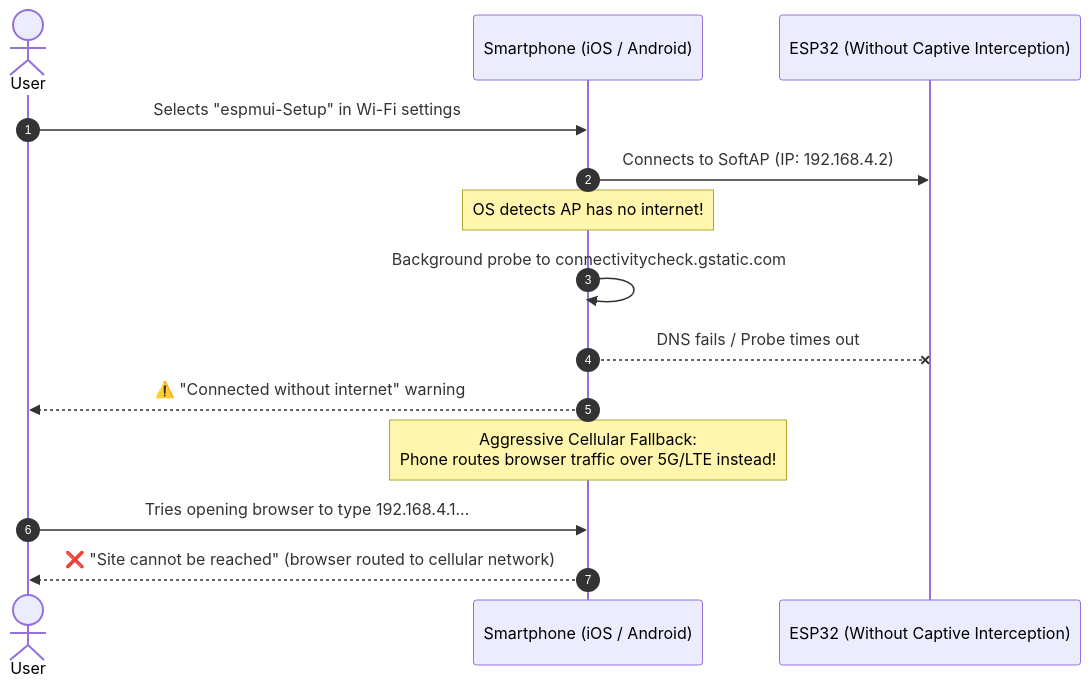
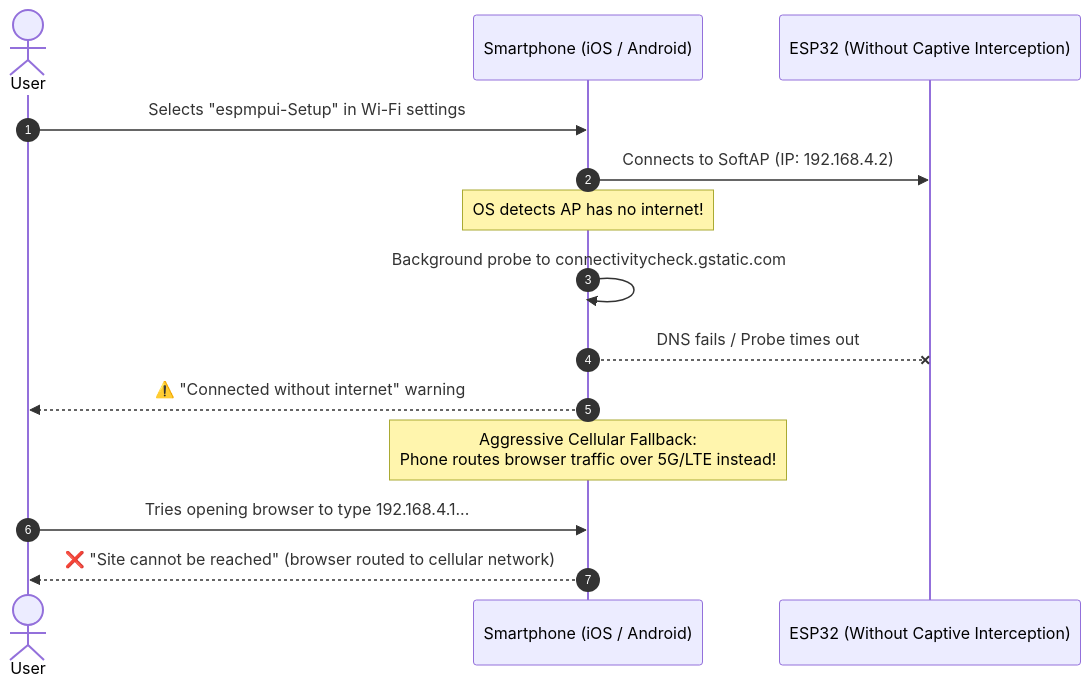
The first of 7 diagrams in docs/FEATURES.md (csseeker/espmpui), drawn with Mermaid before and after one commit. The commit also changed other lines of this file and 41 other files, not shown here.

Commit message:
refactor: rename project package from espmui to espmpui

````diff
--- a/docs/FEATURES.md
+++ b/docs/FEATURES.md
@@ -49,17 +49,17 @@
 ```mermaid
 sequenceDiagram
     autonumber
     actor User
     participant Phone as Smartphone (iOS / Android)
     participant ESP as ESP32 (Without Captive Interception)
 
-    User->>Phone: Selects "espmui-Setup" in Wi-Fi settings
+    User->>Phone: Selects "espmpui-Setup" in Wi-Fi settings
     Phone->>ESP: Connects to SoftAP (IP: 192.168.4.2)
     Note over Phone: OS detects AP has no internet!
     Phone->>Phone: Background probe to connectivitycheck.gstatic.com
     Phone--xESP: DNS fails / Probe times out
     Phone-->>User: ⚠️ "Connected without internet" warning
     Note over Phone: Aggressive Cellular Fallback:<br/>Phone routes browser traffic over 5G/LTE instead!
     User->>Phone: Tries opening browser to type 192.168.4.1...
     Phone-->>User: ❌ "Site cannot be reached" (browser routed to cellular network)
 ```
````
